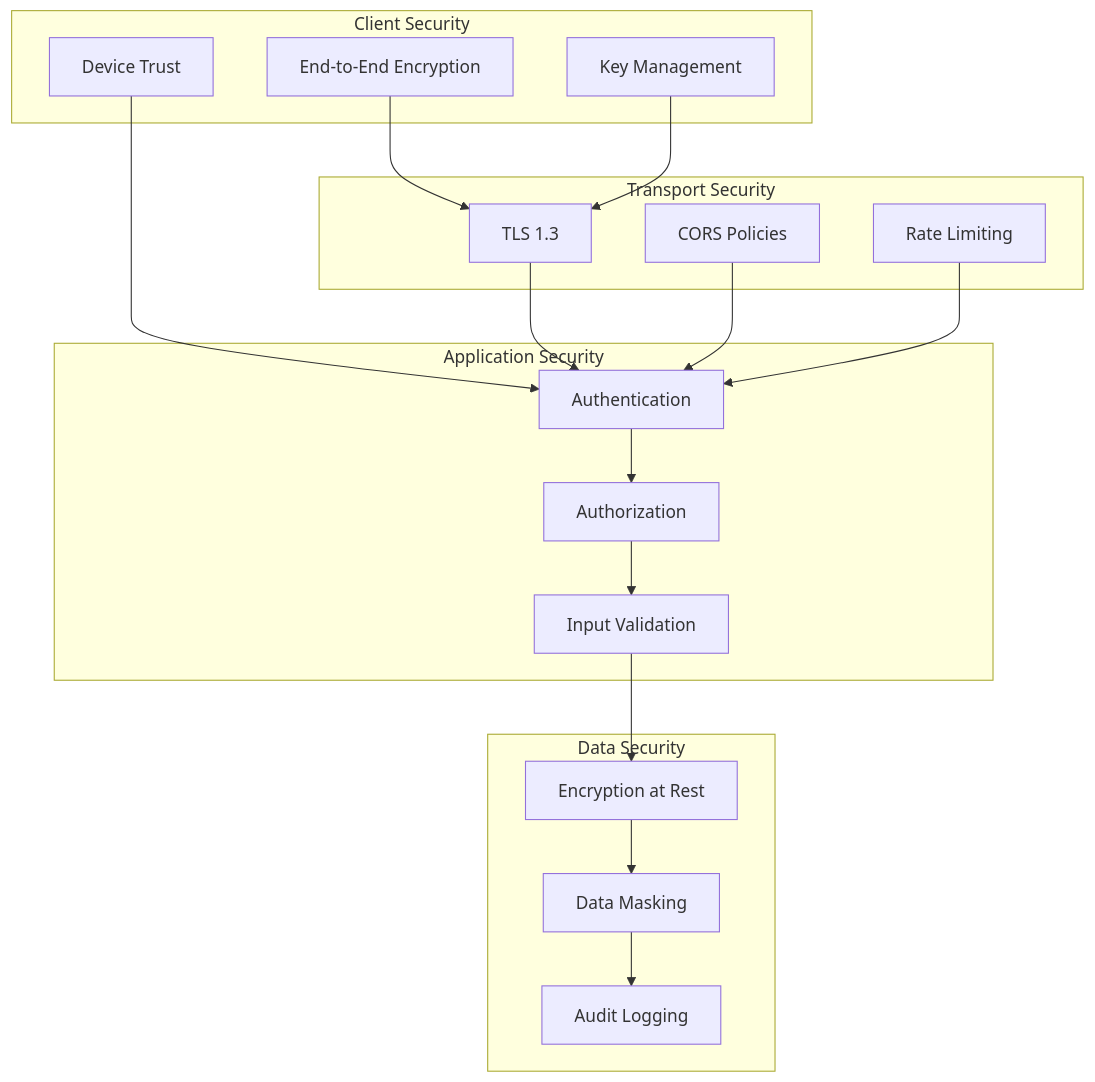
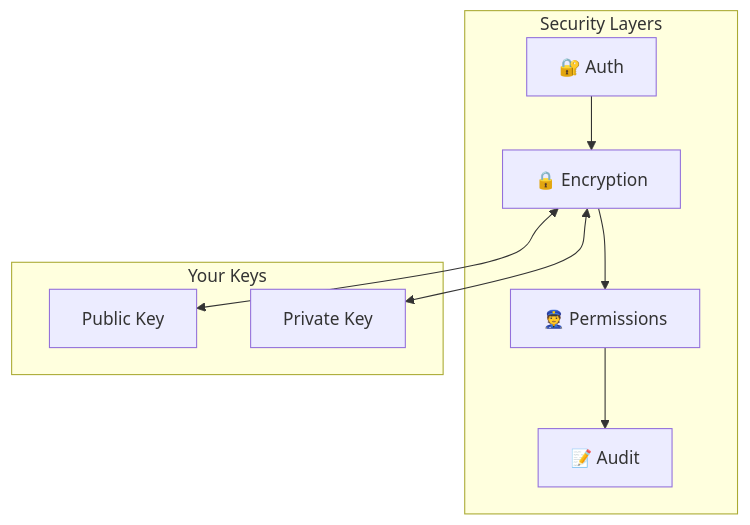
One commit to owenservera/vivim-app changed the eighth of 8 diagrams in vivim.docs.context/docs/architecture/overview.md. Above: the diagram before and after it, drawn with Mermaid. The commit also changed other lines of this file and 18 other files, not shown here.

````diff
--- a/vivim.docs.context/docs/architecture/overview.md
+++ b/vivim.docs.context/docs/architecture/overview.md
@@ -236,41 +261,20 @@
 ```mermaid
 flowchart TB
-    subgraph "Client Security"
-        E2E[End-to-End Encryption]
-        KEYS[Key Management]
-        DEV[Device Trust]
+    subgraph "Security Layers"
+        AUTH[🔐 Auth]
+        ENC[🔒 Encryption]
+        PERM[👮 Permissions]
+        AUD[📝 Audit]
     end
     
-    subgraph "Transport Security"
-        TLS[TLS 1.3]
-        CORS[CORS Policies]
-        RATE[Rate Limiting]
+    subgraph "Your Keys"
+        KPub[Public Key]
+        KPriv[Private Key]
     end
     
-    subgraph "Application Security"
-        AUTH[Authentication]
-        PERM[Authorization]
-        VAL[Input Validation]
-    end
+    AUTH --> ENC
+    ENC --> PERM
+    PERM --> AUD
     
-    subgraph "Data Security"
-        ENC[Encryption at Rest]
-        MASK[Data Masking]
-        AUDIT[Audit Logging]
-    end
-    
-    E2E --> TLS
-    KEYS --> TLS
-    DEV --> AUTH
-    
-    TLS --> AUTH
-    CORS --> AUTH
-    RATE --> AUTH
-    
-    AUTH --> PERM
-    PERM --> VAL
-    
-    VAL --> ENC
-    ENC --> MASK
-    MASK --> AUDIT
+    ENC <--> KPub & KPriv
 ```
````
